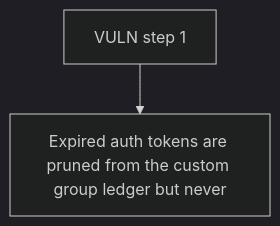
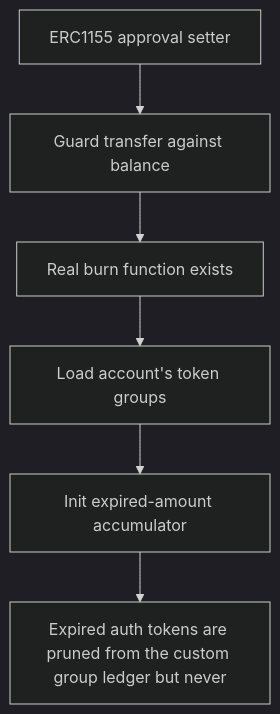
Before and after one commit to sanbir/evm-hack-registry: the diagram in 62866-expired-token-groups-not-synchronized-with-erc1155-balance-t_exp/62866-expired-token-groups-not-synchronized-with-erc1155-balance-t_exp.md, drawn with Mermaid (dark theme). The commit also changed other lines of this file and 79 other files, not shown here.

````diff
--- a/62866-expired-token-groups-not-synchronized-with-erc1155-balance-t_exp/62866-expired-token-groups-not-synchronized-with-erc1155-balance-t_exp.md
+++ b/62866-expired-token-groups-not-synchronized-with-erc1155-balance-t_exp/62866-expired-token-groups-not-synchronized-with-erc1155-balance-t_exp.md
@@ -28,6 +28,14 @@
 ```mermaid
 flowchart TD
-  S0["VULN step 1"]
+  S0["ERC1155 approval setter"]
+  S1["Guard transfer against balance"]
+  S2["Real burn function exists"]
+  S3["Load account's token groups"]
+  S4["Init expired-amount accumulator"]
   H["Expired auth tokens are pruned from the custom group ledger but never "]
-  S0 --> H
+  S0 --> S1
+  S1 --> S2
+  S2 --> S3
+  S3 --> S4
+  S4 --> H
 ```
````
